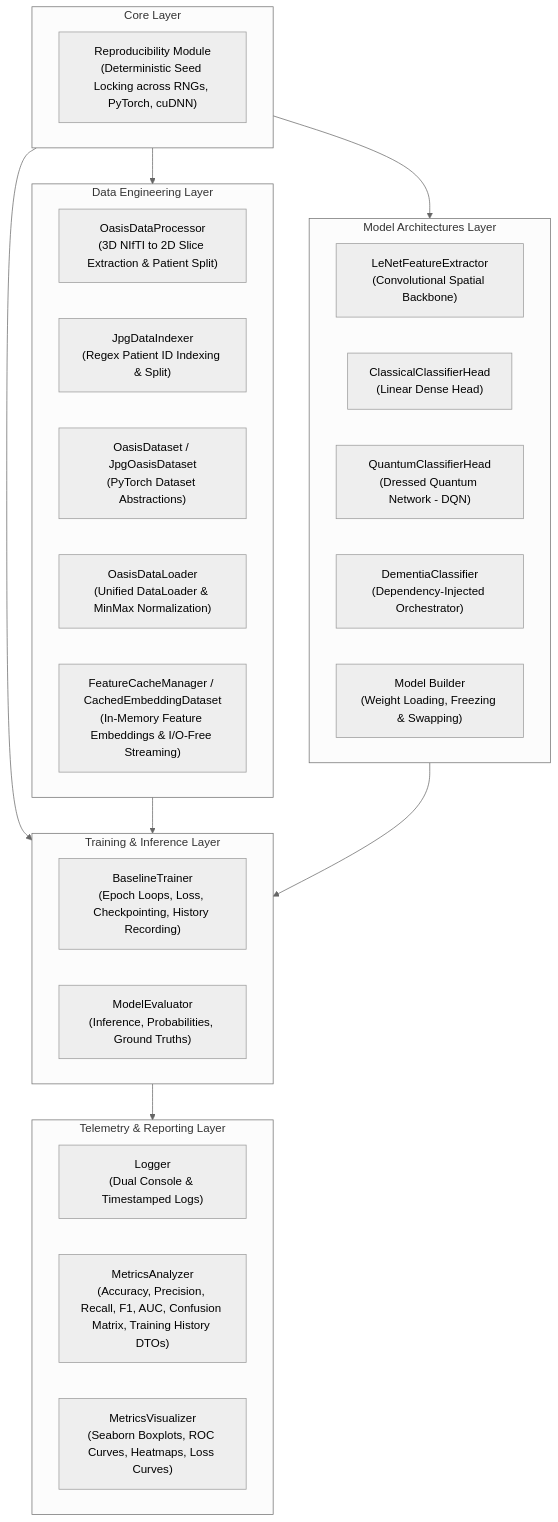
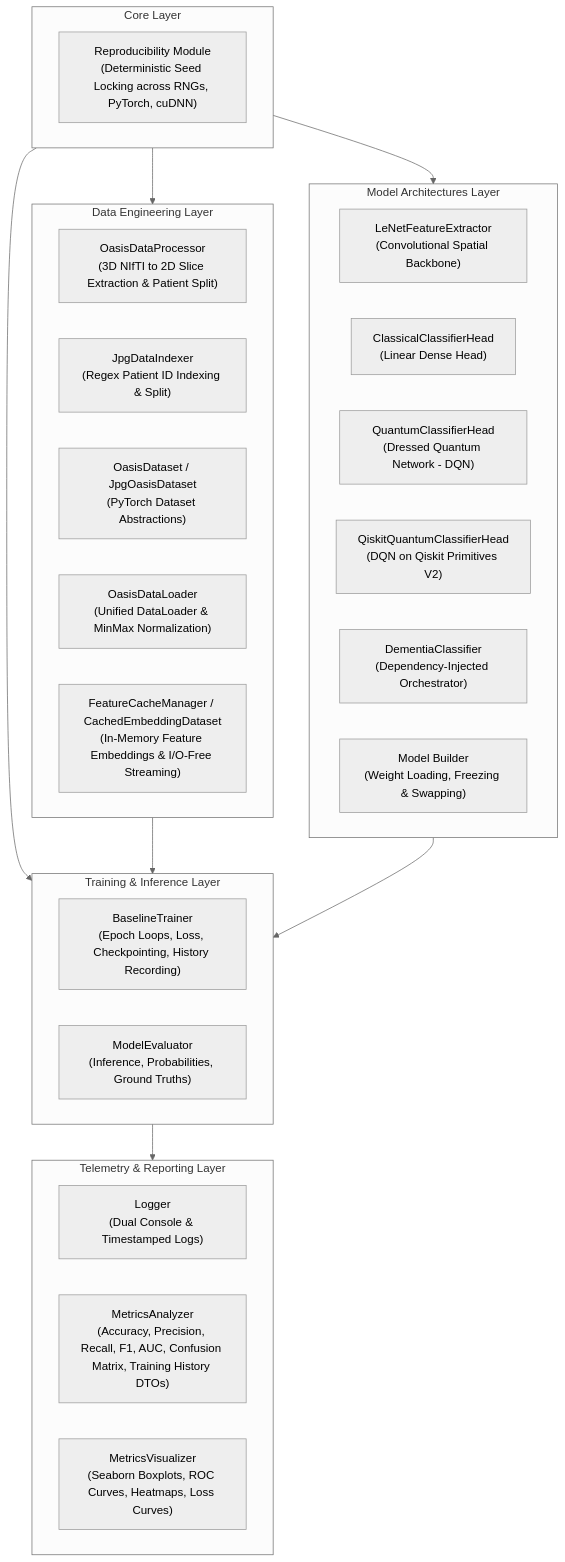
The first of 6 diagrams in docs/architecture.md (IC-QML-QTL-Dementia-Detection/dementia-boost), drawn with Mermaid (neutral theme) before and after one commit. The commit also changed other lines of this file and 1 other file, not shown here.

Commit message:
docs: describe the Qiskit execution path and its scripts

````diff
--- a/docs/architecture.md
+++ b/docs/architecture.md
@@ -11,40 +11,41 @@
 ```mermaid
 flowchart TD
     subgraph Core ["Core Layer"]
         REP["Reproducibility Module<br/>(Deterministic Seed Locking across RNGs, PyTorch, cuDNN)"]
     end
 
     subgraph Data ["Data Engineering Layer"]
         ETL_NIFTI["OasisDataProcessor<br/>(3D NIfTI to 2D Slice Extraction & Patient Split)"]
         ETL_JPG["JpgDataIndexer<br/>(Regex Patient ID Indexing & Split)"]
         DS["OasisDataset / JpgOasisDataset<br/>(PyTorch Dataset Abstractions)"]
         DL["OasisDataLoader<br/>(Unified DataLoader & MinMax Normalization)"]
         CACHE["FeatureCacheManager / CachedEmbeddingDataset<br/>(In-Memory Feature Embeddings & I/O-Free Streaming)"]
     end
 
     subgraph Models ["Model Architectures Layer"]
         FE["LeNetFeatureExtractor<br/>(Convolutional Spatial Backbone)"]
         CH["ClassicalClassifierHead<br/>(Linear Dense Head)"]
         QH["QuantumClassifierHead<br/>(Dressed Quantum Network - DQN)"]
+        QKH["QiskitQuantumClassifierHead<br/>(DQN on Qiskit Primitives V2)"]
         DC["DementiaClassifier<br/>(Dependency-Injected Orchestrator)"]
         BUILDER["Model Builder<br/>(Weight Loading, Freezing & Swapping)"]
     end
 
     subgraph Training ["Training & Inference Layer"]
         TR["BaselineTrainer<br/>(Epoch Loops, Loss, Checkpointing, History Recording)"]
         EV["ModelEvaluator<br/>(Inference, Probabilities, Ground Truths)"]
     end
 
     subgraph Telemetry ["Telemetry & Reporting Layer"]
         LOG["Logger<br/>(Dual Console & Timestamped Logs)"]
         MET["MetricsAnalyzer<br/>(Accuracy, Precision, Recall, F1, AUC, Confusion Matrix, Training History DTOs)"]
         VIS["MetricsVisualizer<br/>(Seaborn Boxplots, ROC Curves, Heatmaps, Loss Curves)"]
     end
 
     Core --> Data
     Core --> Models
     Core --> Training
     Data --> Training
     Models --> Training
     Training --> Telemetry
 ```
````
